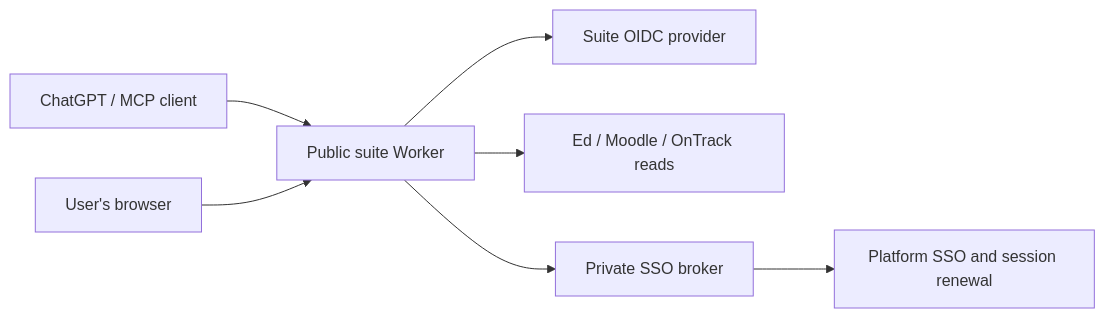
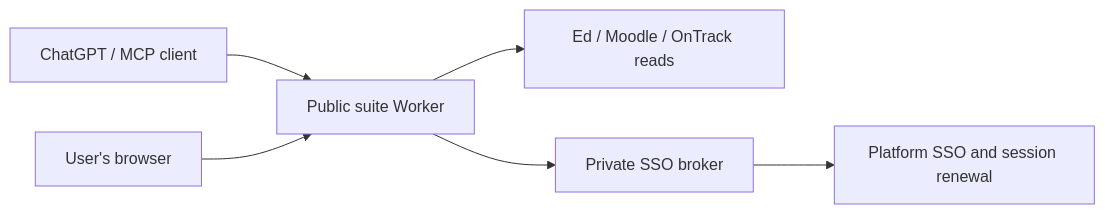
The diagram in docs/architecture.md (yunfenglong/learning-mcp), drawn with Mermaid before and after one commit. The commit also changed other lines of this file and 18 other files, not shown here.

````diff
--- a/docs/architecture.md
+++ b/docs/architecture.md
@@ -5,9 +5,8 @@
 ```mermaid
 flowchart LR
   Client[ChatGPT / MCP client] --> Suite[Public suite Worker]
   Browser[User's browser] --> Suite
-  Suite --> Identity[Suite OIDC provider]
   Suite --> Platforms[Ed / Moodle / OnTrack reads]
   Suite --> Broker[Private SSO broker]
   Broker --> Login[Platform SSO and session renewal]
 ```
````
